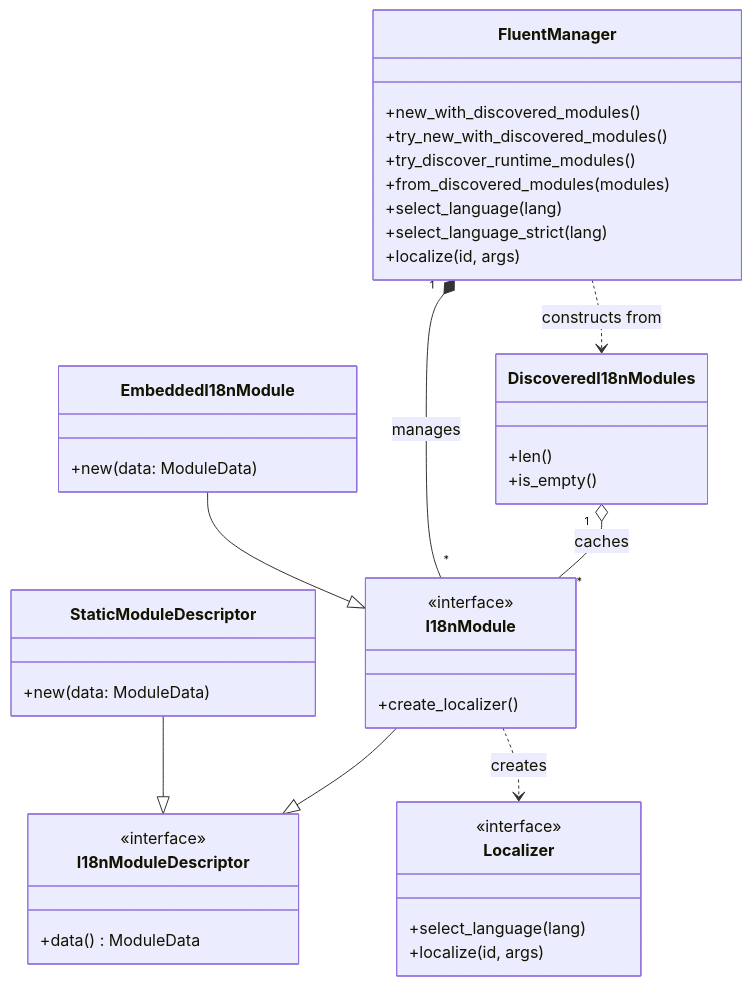
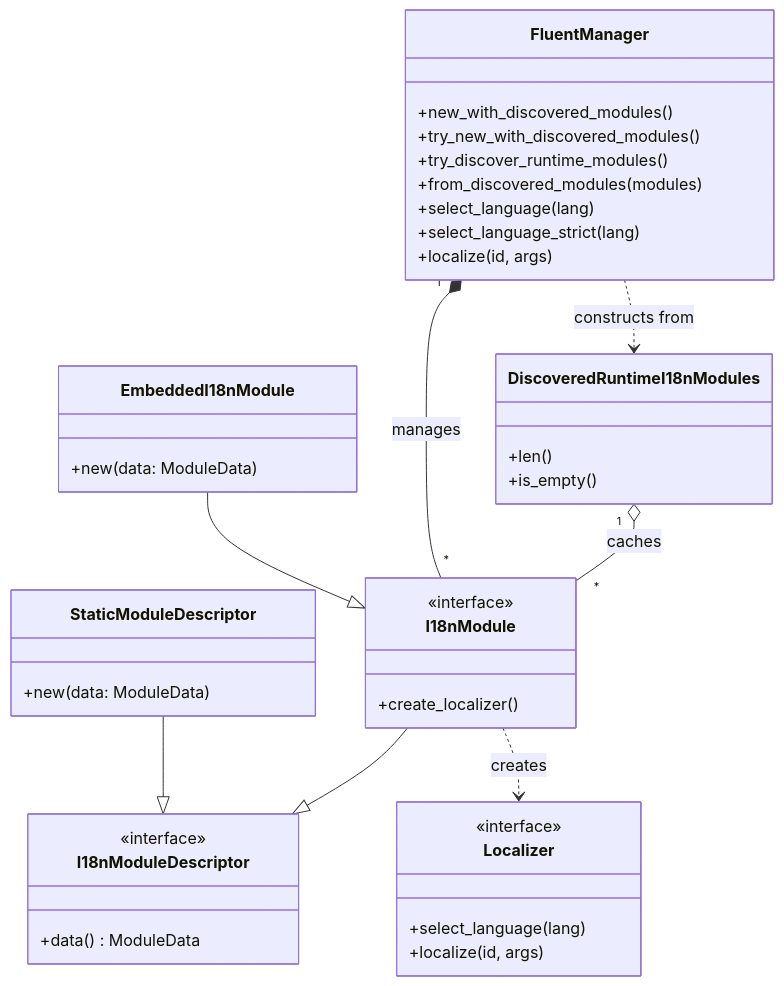
One commit to stayhydated/es-fluent changed the diagram in crates/es-fluent-manager-core/docs/ARCHITECTURE.md. Above: the diagram before and after it, drawn with Mermaid. The commit also changed other lines of this file and 13 other files, not shown here.

````diff
--- a/crates/es-fluent-manager-core/docs/ARCHITECTURE.md
+++ b/crates/es-fluent-manager-core/docs/ARCHITECTURE.md
@@ -13,49 +13,49 @@
 ```mermaid
 classDiagram
     class FluentManager {
         +new_with_discovered_modules()
         +try_new_with_discovered_modules()
         +try_discover_runtime_modules()
         +from_discovered_modules(modules)
         +select_language(lang)
         +select_language_strict(lang)
         +localize(id, args)
     }
 
-    class DiscoveredI18nModules {
+    class DiscoveredRuntimeI18nModules {
         +len()
         +is_empty()
     }
 
     class I18nModuleDescriptor {
         <<interface>>
         +data() ModuleData
     }
 
     class I18nModule {
         <<interface>>
         +create_localizer()
     }
 
     class Localizer {
         <<interface>>
         +select_language(lang)
         +localize(id, args)
     }
 
     class StaticModuleDescriptor {
         +new(data: ModuleData)
     }
 
     class EmbeddedI18nModule {
         +new(data: ModuleData)
     }
 
     I18nModule --|> I18nModuleDescriptor
-    DiscoveredI18nModules "1" o-- "*" I18nModule : caches
+    DiscoveredRuntimeI18nModules "1" o-- "*" I18nModule : caches
     FluentManager "1" *-- "*" I18nModule : manages
-    FluentManager ..> DiscoveredI18nModules : constructs from
+    FluentManager ..> DiscoveredRuntimeI18nModules : constructs from
     I18nModule ..> Localizer : creates
     StaticModuleDescriptor --|> I18nModuleDescriptor
     EmbeddedI18nModule --|> I18nModule
 ```
````
